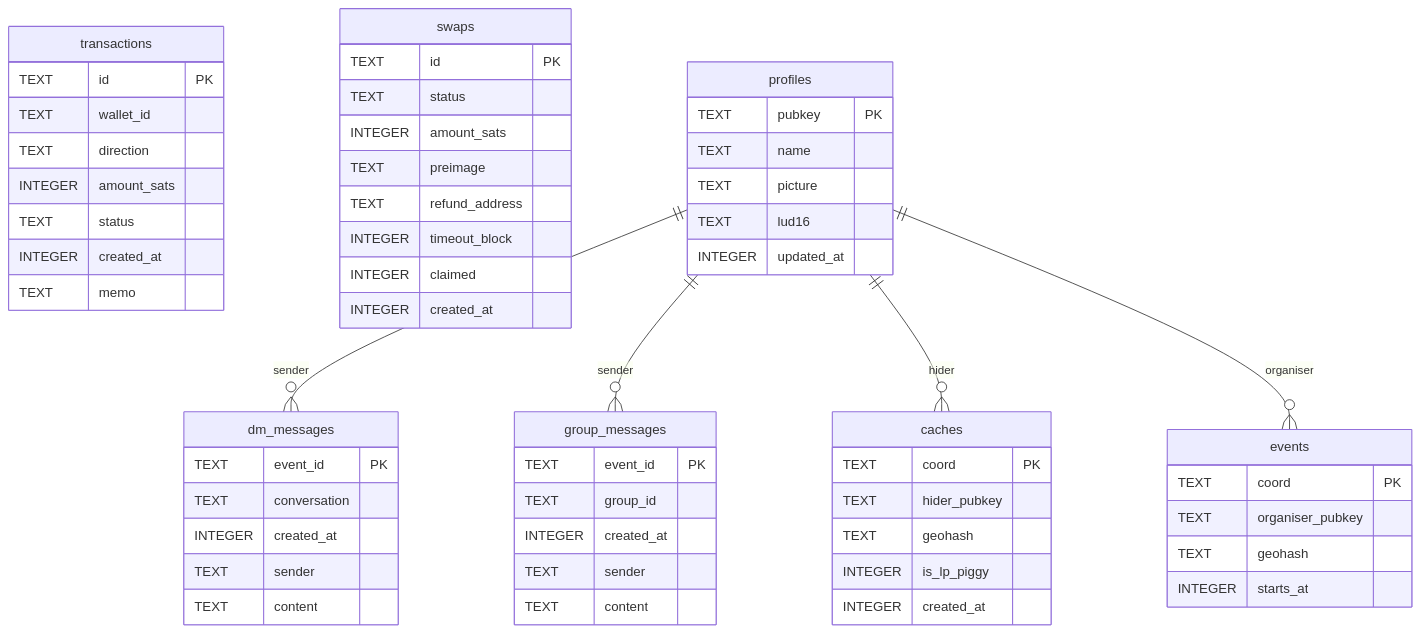
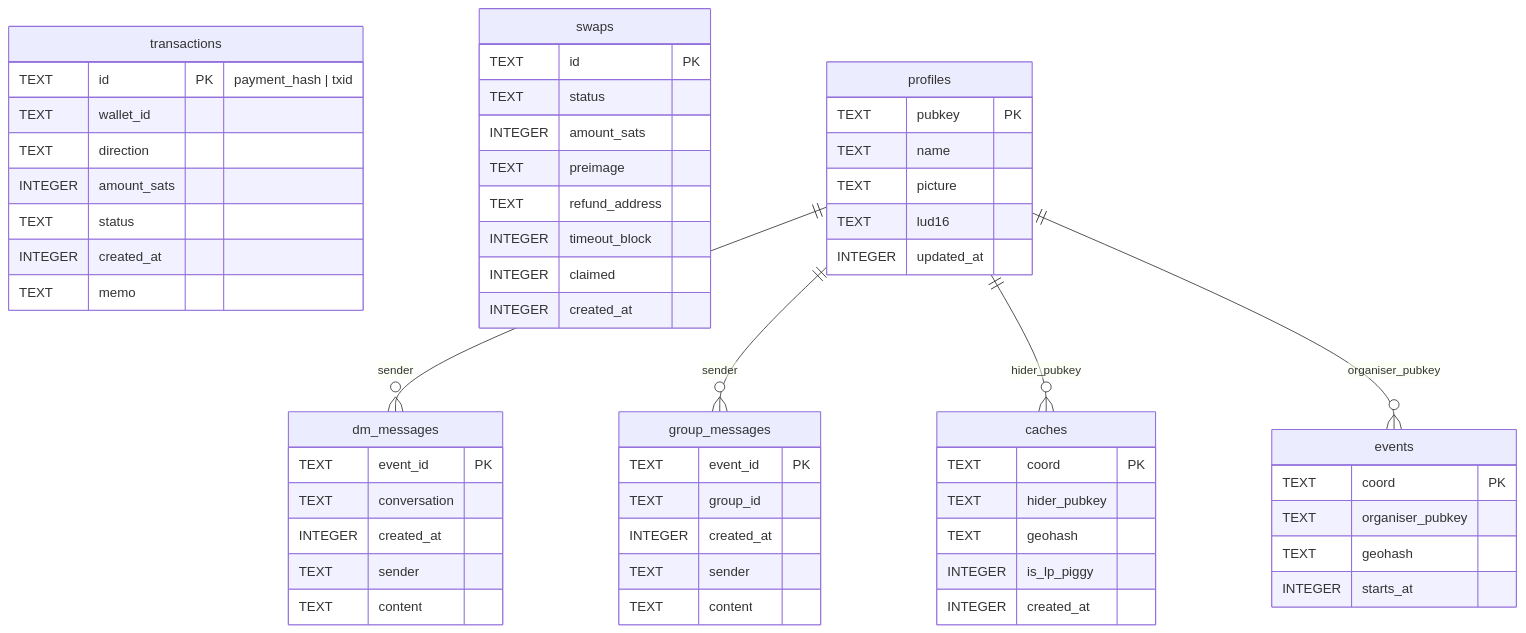
Before and after one commit to BenGWeeks/lightning-piggy-mobile: the first of 3 diagrams in docs/DATA_STORAGE.adoc, drawn with Mermaid. The commit also changed 1 other file, not shown here.

Commit message:
docs(storage): resolve #702 re-review (dep check + ER/table alignment)
- [blocking] generate-docs.sh now checks for asciidoctor-diagram + mmdc up
  front with actionable install hints, not just asciidoctor-pdf.
- [suggestion] ER diagram: transactions PK annotated 'payment_hash | txid' to
  match the 'What goes in the DB' table.
- [nit] ER relationship labels use the real column names (hider_pubkey,
  organiser_pubkey).

PDF rebuilds clean; generate-docs.sh passes bash -n.

```diff
--- a/docs/DATA_STORAGE.adoc
+++ b/docs/DATA_STORAGE.adoc
@@ -162,61 +162,61 @@
 [mermaid]
 ....
 erDiagram
     dm_messages {
         TEXT event_id PK
         TEXT conversation
         INTEGER created_at
         TEXT sender
         TEXT content
     }
     group_messages {
         TEXT event_id PK
         TEXT group_id
         INTEGER created_at
         TEXT sender
         TEXT content
     }
     transactions {
-        TEXT id PK
+        TEXT id PK "payment_hash | txid"
         TEXT wallet_id
         TEXT direction
         INTEGER amount_sats
         TEXT status
         INTEGER created_at
         TEXT memo
     }
     swaps {
         TEXT id PK
         TEXT status
         INTEGER amount_sats
         TEXT preimage
         TEXT refund_address
         INTEGER timeout_block
         INTEGER claimed
         INTEGER created_at
     }
     profiles {
         TEXT pubkey PK
         TEXT name
         TEXT picture
         TEXT lud16
         INTEGER updated_at
     }
     caches {
         TEXT coord PK
         TEXT hider_pubkey
         TEXT geohash
         INTEGER is_lp_piggy
         INTEGER created_at
     }
     events {
         TEXT coord PK
         TEXT organiser_pubkey
         TEXT geohash
         INTEGER starts_at
     }
     profiles ||--o{ dm_messages : "sender"
     profiles ||--o{ group_messages : "sender"
-    profiles ||--o{ caches : "hider"
-    profiles ||--o{ events : "organiser"
+    profiles ||--o{ caches : "hider_pubkey"
+    profiles ||--o{ events : "organiser_pubkey"
 ....
```
